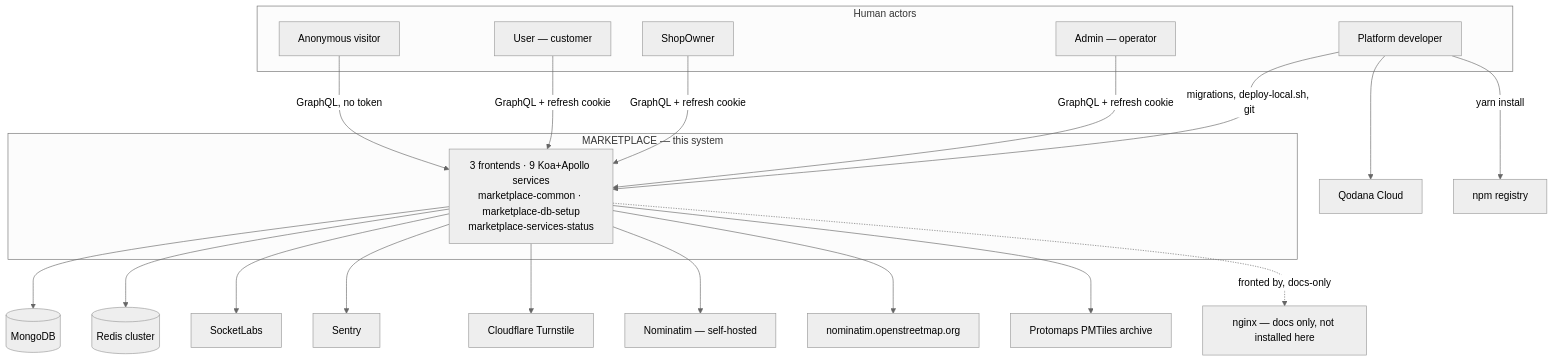
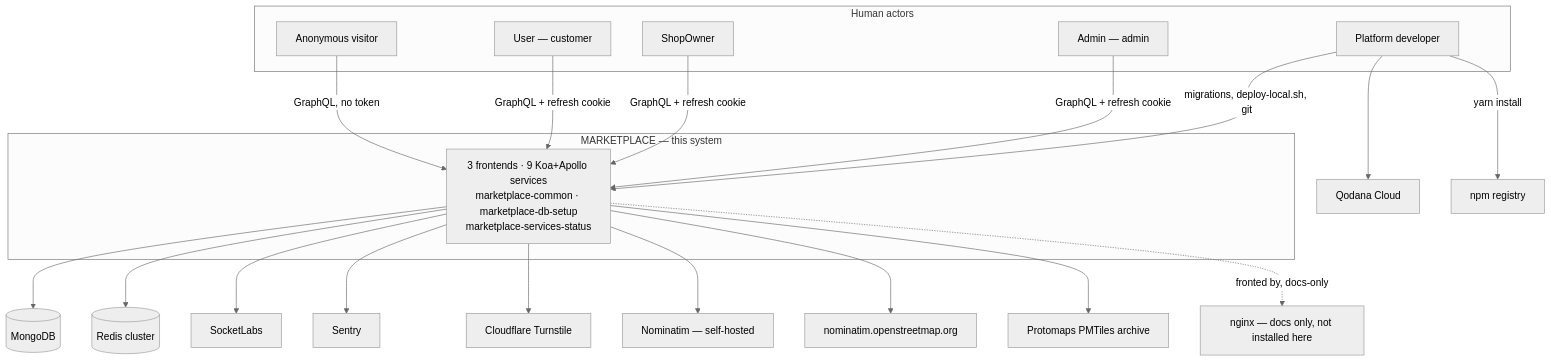
Before and after one commit to Axiumine/fullstack-marketplace-blueprint: the diagram in docs/devprotocol/phase3/C4_CONTEXT.md, drawn with Mermaid (neutral theme). The commit also changed other lines of this file and 68 other files, not shown here.

First line of the commit message:
refactor: the word "operator" is gone — the role is "admin"

````diff
--- a/docs/devprotocol/phase3/C4_CONTEXT.md
+++ b/docs/devprotocol/phase3/C4_CONTEXT.md
@@ -42,44 +42,44 @@
 ```mermaid
 graph TB
     subgraph Actors["Human actors"]
         Anon[Anonymous visitor]
         Cust["User — customer"]
         Owner[ShopOwner]
-        Op["Admin — operator"]
+        Op["Admin — admin"]
         Dev[Platform developer]
     end
 
     subgraph SYS["MARKETPLACE — this system"]
         M["3 frontends · 9 Koa+Apollo services<br/>marketplace-common · marketplace-db-setup<br/>marketplace-services-status"]
     end
 
     Mongo[(MongoDB)]
     Redis[(Redis cluster)]
     Socket[SocketLabs]
     Sentry[Sentry]
     NomA["Nominatim — self-hosted"]
     NomB["nominatim.openstreetmap.org"]
     Turn["Cloudflare Turnstile"]
     PM["Protomaps PMTiles archive"]
     NG["nginx — docs only, not installed here"]
     Qodana["Qodana Cloud"]
     NPM["npm registry"]
 
     Anon -->|"GraphQL, no token"| M
     Cust -->|"GraphQL + refresh cookie"| M
     Owner -->|"GraphQL + refresh cookie"| M
     Op -->|"GraphQL + refresh cookie"| M
     Dev -->|"migrations, deploy-local.sh, git"| M
 
     M --> Mongo
     M --> Redis
     M --> Socket
     M --> Sentry
     M --> Turn
     M --> NomA
     M --> NomB
     M --> PM
     M -.fronted by, docs-only.-> NG
     Dev --> Qodana
     Dev -->|"yarn install"| NPM
 ```
````
